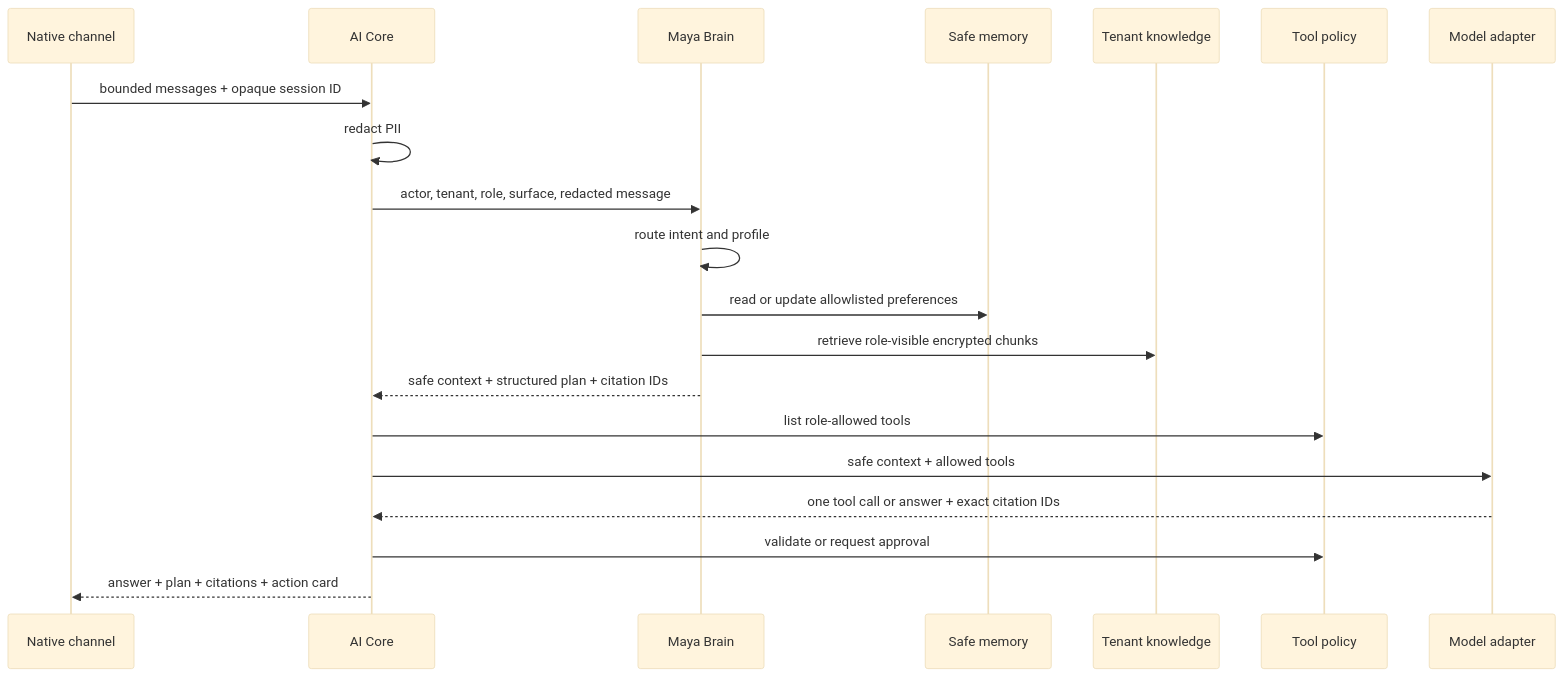
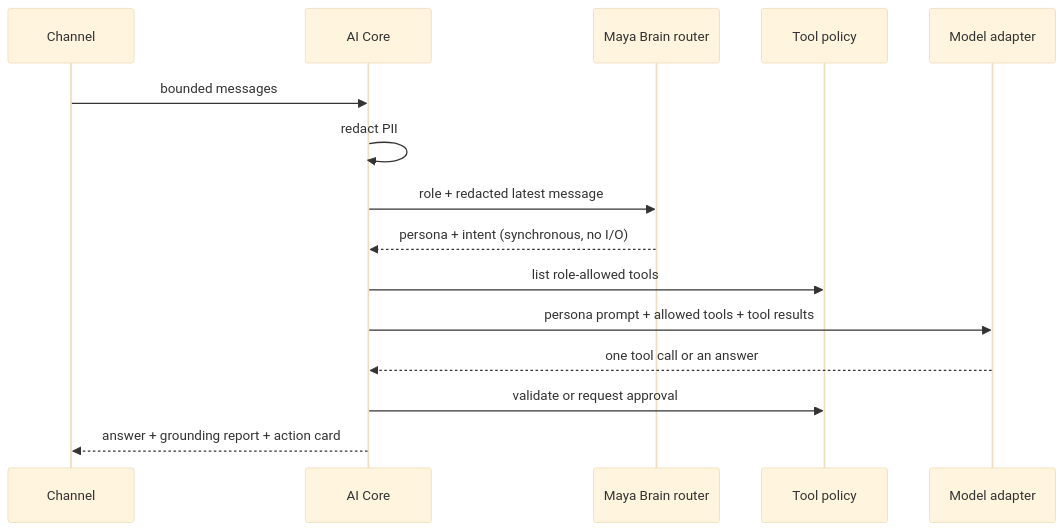
One commit to famous4wrongreasons-stack/maya-platform changed the diagram in docs/architecture/maya-brain-v1.md. Above: the diagram before and after it, drawn with Mermaid (base theme). The commit also changed other lines of this file and 30 other files, not shown here.

````diff
--- a/docs/architecture/maya-brain-v1.md
+++ b/docs/architecture/maya-brain-v1.md
@@ -15,23 +29,18 @@
 ```mermaid
 sequenceDiagram
-  participant Native as Native channel
+  participant Channel as Channel
   participant Core as AI Core
-  participant Brain as Maya Brain
-  participant Memory as Safe memory
-  participant Knowledge as Tenant knowledge
+  participant Router as Maya Brain router
   participant Policy as Tool policy
   participant Model as Model adapter
 
-  Native->>Core: bounded messages + opaque session ID
+  Channel->>Core: bounded messages
   Core->>Core: redact PII
-  Core->>Brain: actor, tenant, role, surface, redacted message
-  Brain->>Brain: route intent and profile
-  Brain->>Memory: read or update allowlisted preferences
-  Brain->>Knowledge: retrieve role-visible encrypted chunks
-  Brain-->>Core: safe context + structured plan + citation IDs
+  Core->>Router: role + redacted latest message
+  Router-->>Core: persona + intent (synchronous, no I/O)
   Core->>Policy: list role-allowed tools
-  Core->>Model: safe context + allowed tools
-  Model-->>Core: one tool call or answer + exact citation IDs
+  Core->>Model: persona prompt + allowed tools + tool results
+  Model-->>Core: one tool call or an answer
   Core->>Policy: validate or request approval
-  Core-->>Native: answer + plan + citations + action card
+  Core-->>Channel: answer + grounding report + action card
 ```
````
